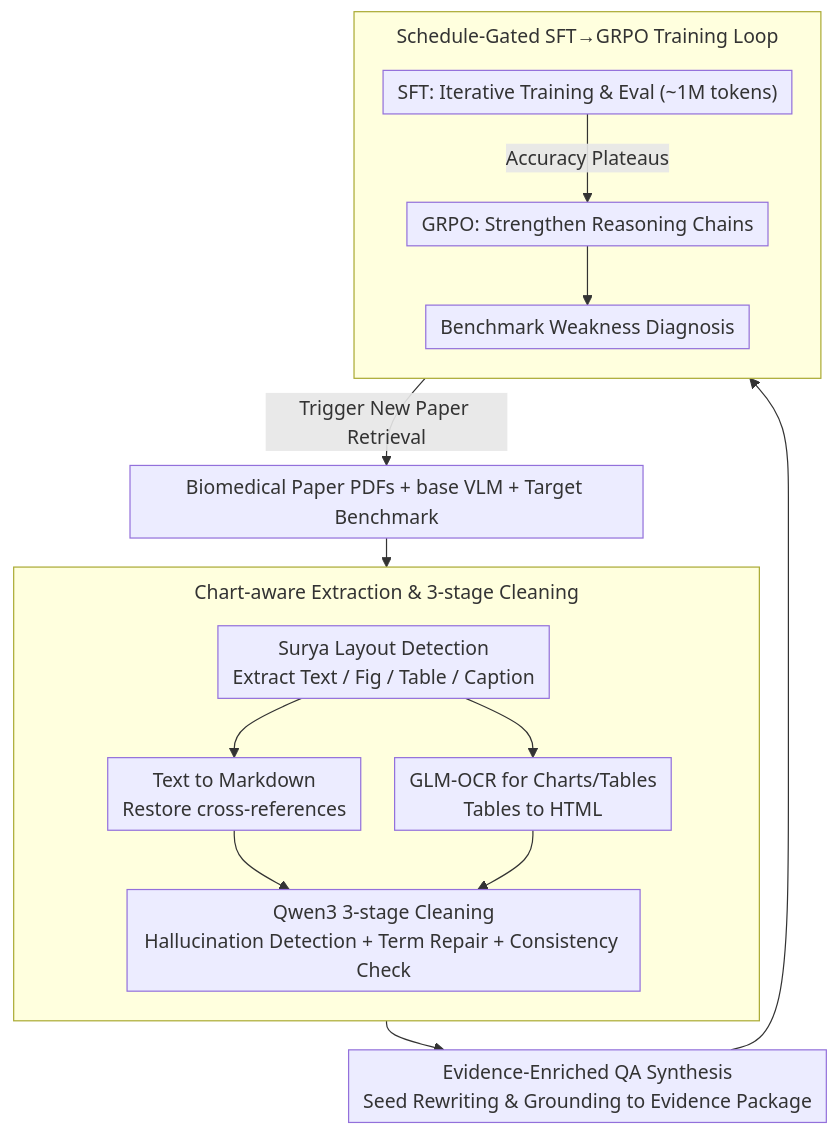
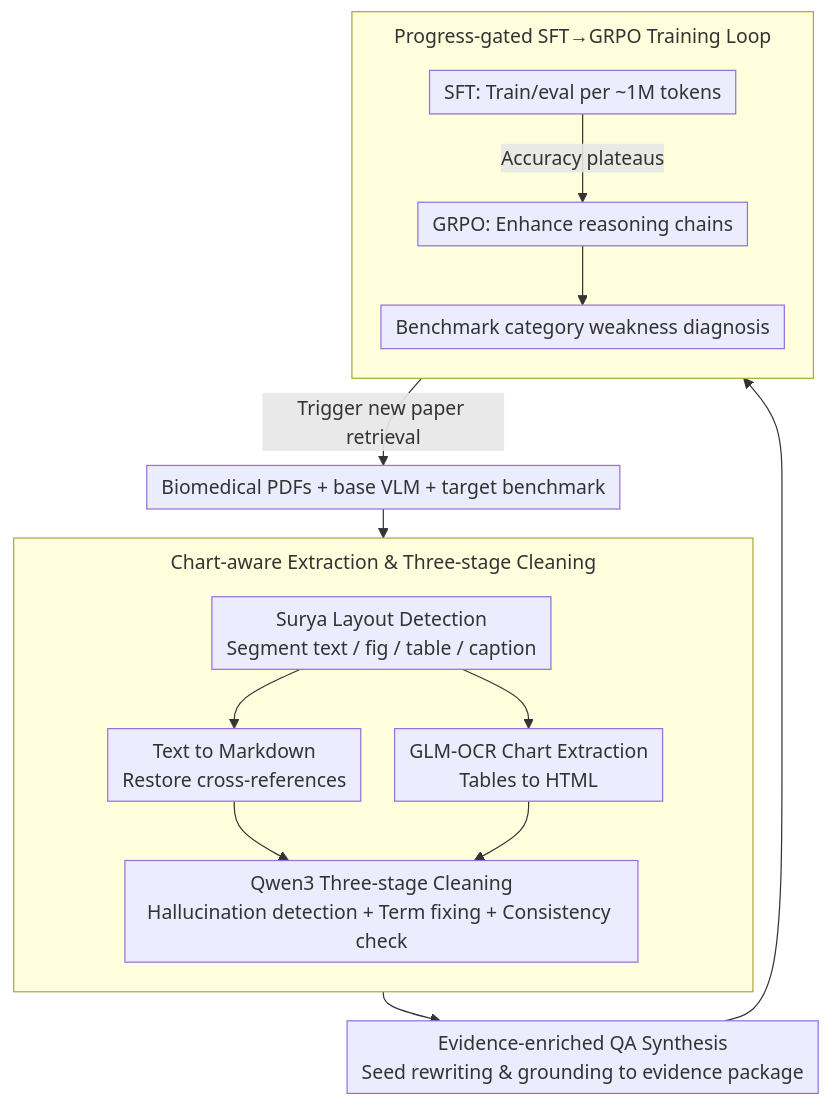
One commit to zhaoyang97/Paper-Notes-en changed the diagram in docs/ACL2026/medical_nlp/ryze_evidence-enriched_data_synthesis_from_biomedical_papers.md. Above: the diagram before and after it, drawn with Mermaid. The commit also changed other lines of this file and 5084 other files, not shown here.

````diff
--- a/docs/ACL2026/medical_nlp/ryze_evidence-enriched_data_synthesis_from_biomedical_papers.md
+++ b/docs/ACL2026/medical_nlp/ryze_evidence-enriched_data_synthesis_from_biomedical_papers.md
@@ -43,21 +43,21 @@
 ```mermaid
 %%{init: {'flowchart': {'rankSpacing': 24, 'nodeSpacing': 28, 'padding': 6, 'wrappingWidth': 400, 'subGraphTitleMargin': {'top': 8, 'bottom': 16}}}}%%
 flowchart TD
-    IN["Biomedical Paper PDFs + base VLM + Target Benchmark"]
-    subgraph S1["Chart-aware Extraction & 3-stage Cleaning"]
+    IN["Biomedical PDFs + base VLM + target benchmark"]
+    subgraph S1["Chart-aware Extraction & Three-stage Cleaning"]
         direction TB
-        A["Surya Layout Detection<br/>Extract Text / Fig / Table / Caption"] --> B["Text to Markdown<br/>Restore cross-references"]
-        A --> C["GLM-OCR for Charts/Tables<br/>Tables to HTML"]
-        B --> D["Qwen3 3-stage Cleaning<br/>Hallucination Detection + Term Repair + Consistency Check"]
+        A["Surya Layout Detection<br/>Segment text / fig / table / caption"] --> B["Text to Markdown<br/>Restore cross-references"]
+        A --> C["GLM-OCR Chart Extraction<br/>Tables to HTML"]
+        B --> D["Qwen3 Three-stage Cleaning<br/>Hallucination detection + Term fixing + Consistency check"]
         C --> D
     end
     IN --> S1
-    S1 --> E["Evidence-Enriched QA Synthesis<br/>Seed Rewriting & Grounding to Evidence Package"]
-    subgraph S3["Schedule-Gated SFT→GRPO Training Loop"]
+    S1 --> E["Evidence-enriched QA Synthesis<br/>Seed rewriting & grounding to evidence package"]
+    subgraph S3["Progress-gated SFT→GRPO Training Loop"]
         direction TB
-        F["SFT: Iterative Training & Eval (~1M tokens)"] -->|Accuracy Plateaus| G["GRPO: Strengthen Reasoning Chains"]
-        G --> H["Benchmark Weakness Diagnosis"]
+        F["SFT: Train/eval per ~1M tokens"] -->|Accuracy plateaus| G["GRPO: Enhance reasoning chains"]
+        G --> H["Benchmark category weakness diagnosis"]
     end
     E --> F
-    H -->|Trigger New Paper Retrieval| IN
+    H -->|Trigger new paper retrieval| IN
 ```
````
